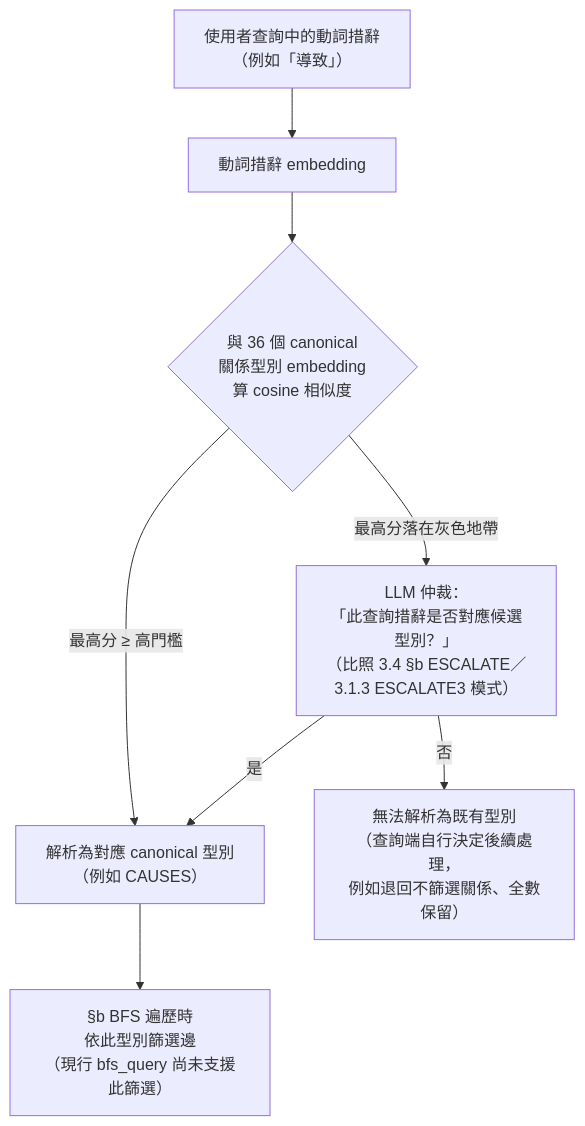
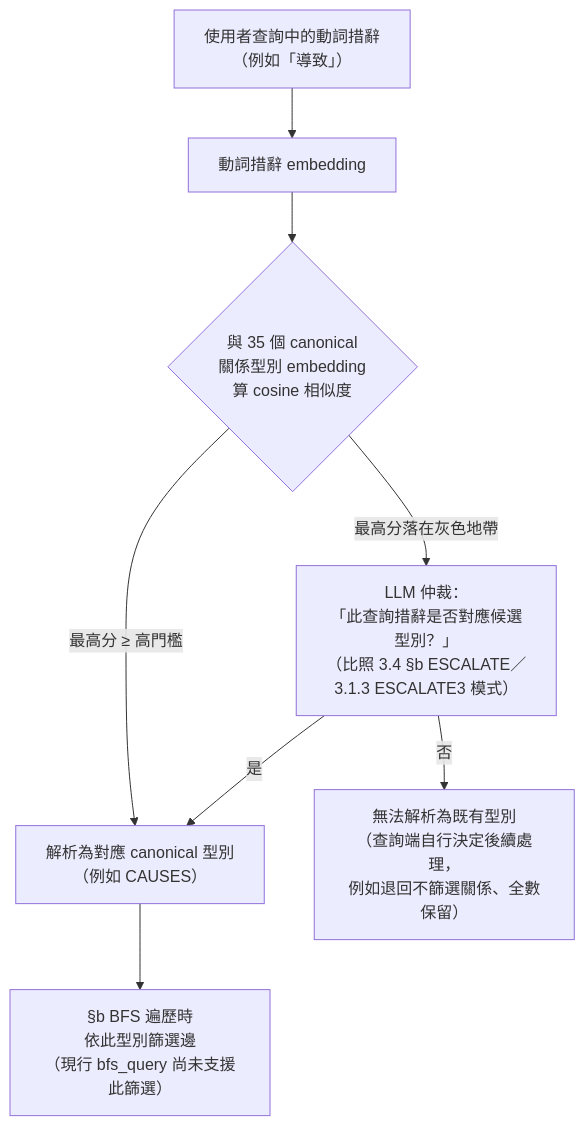
Before and after one commit to Chester930/world-knowledge-graph-rag: the tenth of 15 diagrams in docs/論文/03_系統設計與方法論.md, drawn with Mermaid. The commit also changed other lines of this file and 8 other files, not shown here.

````diff
--- a/docs/論文/03_系統設計與方法論.md
+++ b/docs/論文/03_系統設計與方法論.md
@@ -363,10 +363,10 @@
 ```mermaid
 flowchart TD
     UQ["使用者查詢中的動詞措辭<br/>（例如「導致」）"] --> QEMB["動詞措辭 embedding"]
-    QEMB --> QSIM{"與 36 個 canonical<br/>關係型別 embedding<br/>算 cosine 相似度"}
+    QEMB --> QSIM{"與 35 個 canonical<br/>關係型別 embedding<br/>算 cosine 相似度"}
     QSIM -->|"最高分 ≥ 高門檻"| QASSIGN["解析為對應 canonical 型別<br/>（例如 CAUSES）"]
     QSIM -->|"最高分落在灰色地帶"| QESCALATE["LLM 仲裁：<br/>「此查詢措辭是否對應候選型別？」<br/>（比照 3.4 §b ESCALATE／3.1.3 ESCALATE3 模式）"]
     QESCALATE -->|是| QASSIGN
     QESCALATE -->|否| QNOMATCH["無法解析為既有型別<br/>（查詢端自行決定後續處理，<br/>例如退回不篩選關係、全數保留）"]
     QASSIGN --> QFILTER["§b BFS 遍歷時<br/>依此型別篩選邊<br/>（現行 bfs_query 尚未支援此篩選）"]
 ```
````
